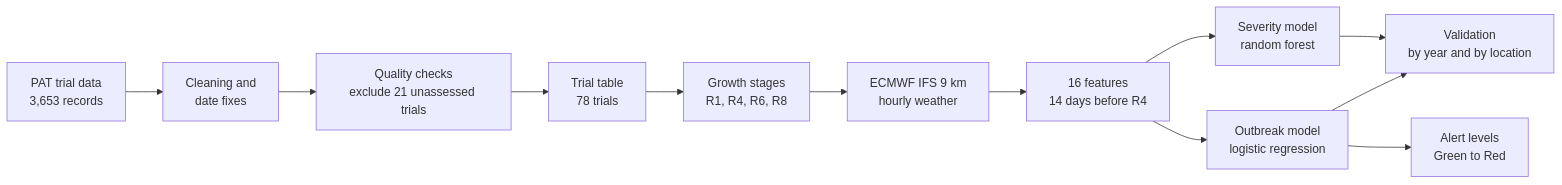
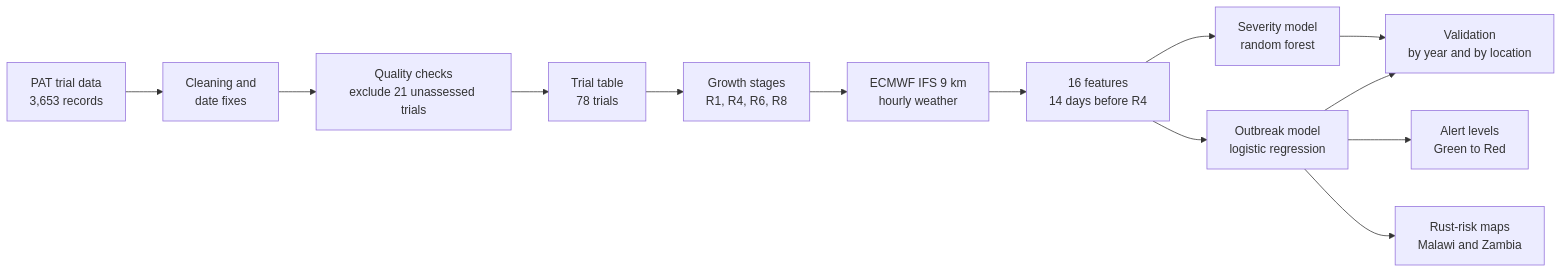
One commit to jovinvicent10/sbr-early-warning changed the diagram in README.md. Above: the diagram before and after it, drawn with Mermaid. The commit also changed other lines of this file and 20 other files, not shown here.

````diff
--- a/README.md
+++ b/README.md
@@ -43,14 +51,15 @@
 ```mermaid
 flowchart LR
     A[PAT trial data<br/>3,653 records] --> B[Cleaning and<br/>date fixes]
     B --> C[Quality checks<br/>exclude 21 unassessed trials]
     C --> D[Trial table<br/>78 trials]
     D --> E[Growth stages<br/>R1, R4, R6, R8]
     E --> F[ECMWF IFS 9 km<br/>hourly weather]
     F --> G[16 features<br/>14 days before R4]
     G --> H[Severity model<br/>random forest]
     G --> I[Outbreak model<br/>logistic regression]
     H --> K[Validation<br/>by year and by location]
     I --> K
     I --> J[Alert levels<br/>Green to Red]
+    I --> M[Rust-risk maps<br/>Malawi and Zambia]
 ```
````
